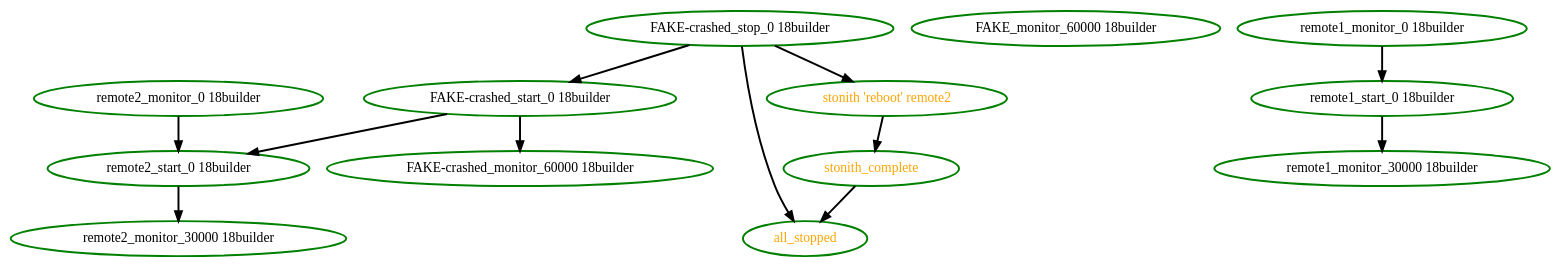
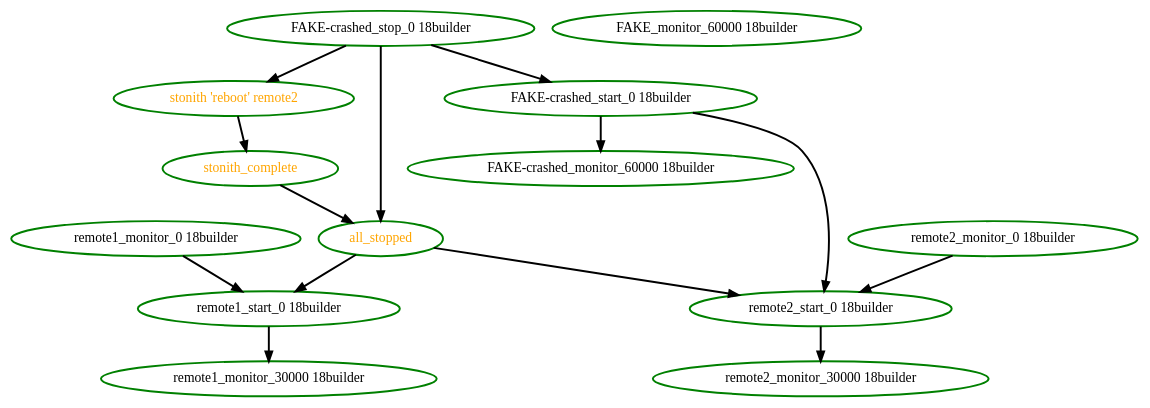
The diagram in pengine/test10/whitebox-unexpectedly-running.dot (ClusterLabs/pacemaker), drawn with Graphviz before and after one commit. The commit also changed 47 other files, not shown here.

```diff
--- a/pengine/test10/whitebox-unexpectedly-running.dot
+++ b/pengine/test10/whitebox-unexpectedly-running.dot
@@ -1,26 +1,28 @@
  digraph "g" {
 "FAKE-crashed_monitor_60000 18builder" [ style=bold color="green" fontcolor="black"]
 "FAKE-crashed_start_0 18builder" -> "FAKE-crashed_monitor_60000 18builder" [ style = bold]
 "FAKE-crashed_start_0 18builder" -> "remote2_start_0 18builder" [ style = bold]
 "FAKE-crashed_start_0 18builder" [ style=bold color="green" fontcolor="black"]
 "FAKE-crashed_stop_0 18builder" -> "FAKE-crashed_start_0 18builder" [ style = bold]
 "FAKE-crashed_stop_0 18builder" -> "all_stopped" [ style = bold]
 "FAKE-crashed_stop_0 18builder" -> "stonith 'reboot' remote2" [ style = bold]
 "FAKE-crashed_stop_0 18builder" [ style=bold color="green" fontcolor="black"]
 "FAKE_monitor_60000 18builder" [ style=bold color="green" fontcolor="black"]
+"all_stopped" -> "remote1_start_0 18builder" [ style = bold]
+"all_stopped" -> "remote2_start_0 18builder" [ style = bold]
 "all_stopped" [ style=bold color="green" fontcolor="orange"]
 "remote1_monitor_0 18builder" -> "remote1_start_0 18builder" [ style = bold]
 "remote1_monitor_0 18builder" [ style=bold color="green" fontcolor="black"]
 "remote1_monitor_30000 18builder" [ style=bold color="green" fontcolor="black"]
 "remote1_start_0 18builder" -> "remote1_monitor_30000 18builder" [ style = bold]
 "remote1_start_0 18builder" [ style=bold color="green" fontcolor="black"]
 "remote2_monitor_0 18builder" -> "remote2_start_0 18builder" [ style = bold]
 "remote2_monitor_0 18builder" [ style=bold color="green" fontcolor="black"]
 "remote2_monitor_30000 18builder" [ style=bold color="green" fontcolor="black"]
 "remote2_start_0 18builder" -> "remote2_monitor_30000 18builder" [ style = bold]
 "remote2_start_0 18builder" [ style=bold color="green" fontcolor="black"]
 "stonith 'reboot' remote2" -> "stonith_complete" [ style = bold]
 "stonith 'reboot' remote2" [ style=bold color="green" fontcolor="orange"]
 "stonith_complete" -> "all_stopped" [ style = bold]
 "stonith_complete" [ style=bold color="green" fontcolor="orange"]
 }
```
